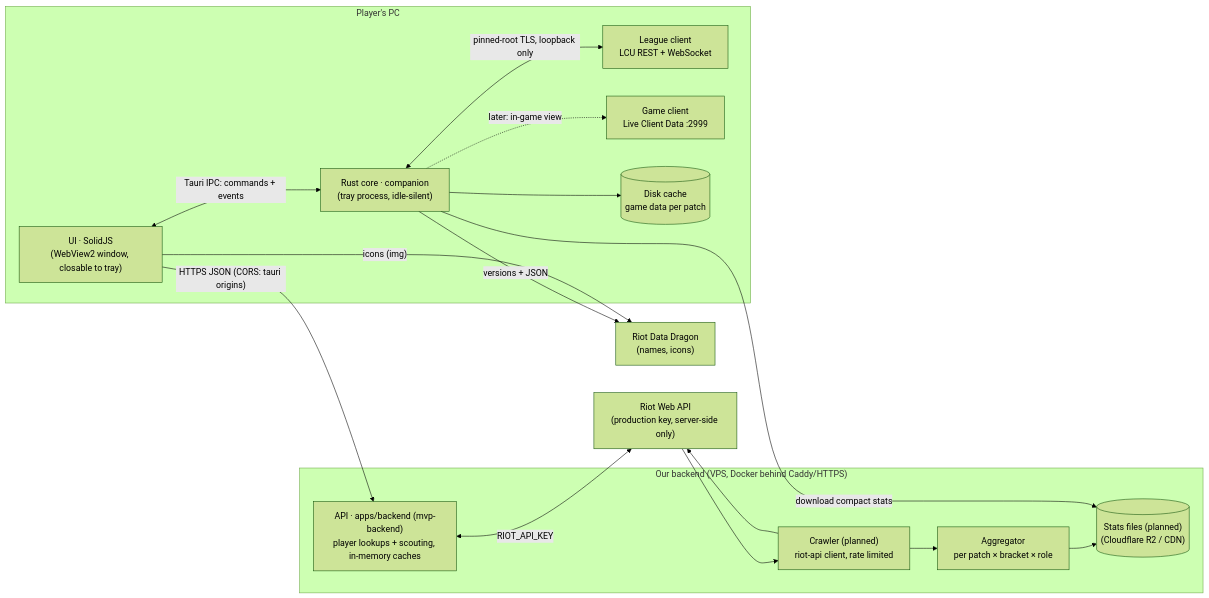
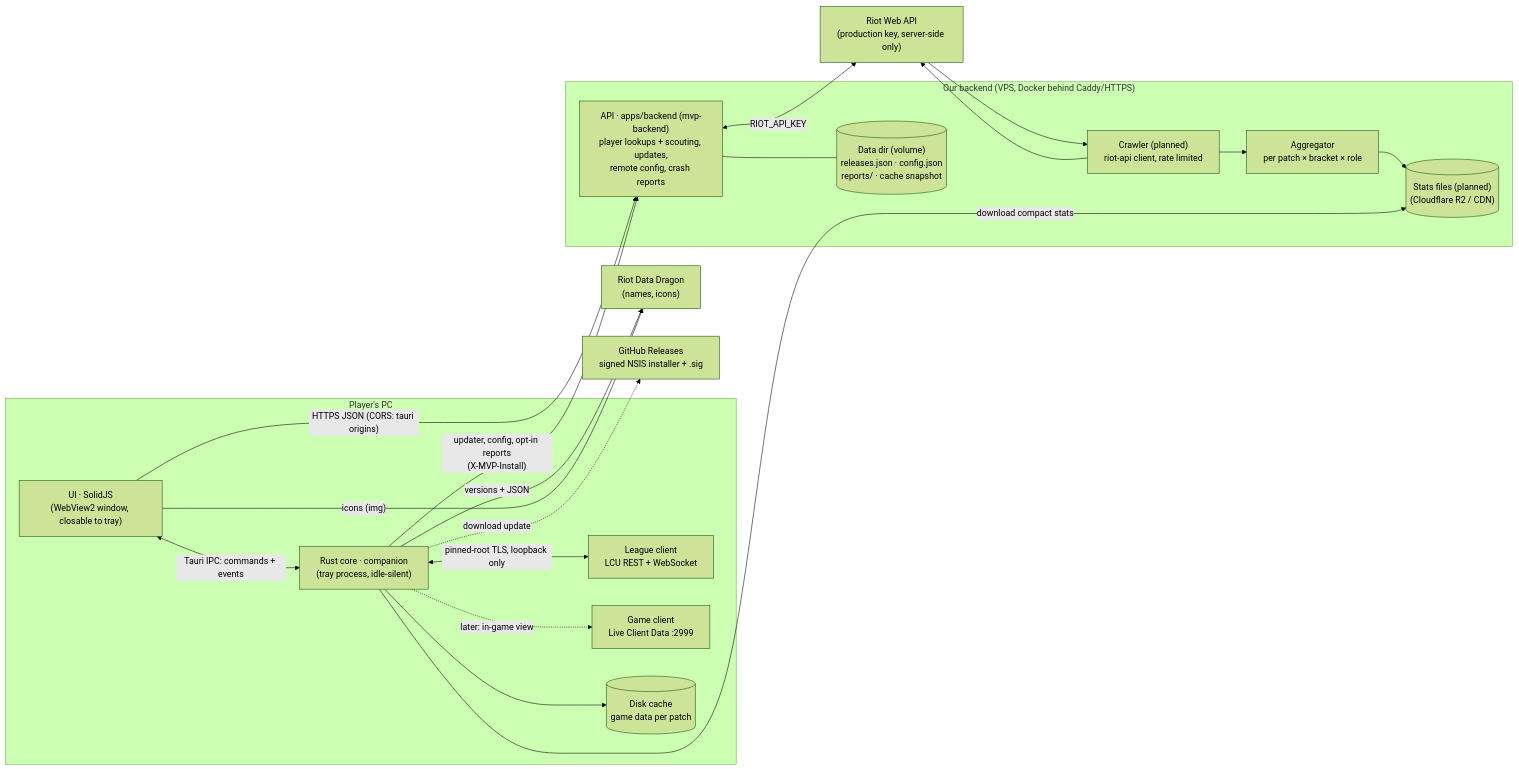
Before and after one commit to Filmoo/MVP: the diagram in docs/architecture.md, drawn with Mermaid (forest theme). The commit also changed other lines of this file and 35 other files, not shown here.

First line of the commit message:
Backend: app updates, remote config, crash reports, hardening

````diff
--- a/docs/architecture.md
+++ b/docs/architecture.md
@@ -3,30 +3,35 @@
 ```mermaid
 flowchart LR
   subgraph PC["Player's PC"]
     UI["UI · SolidJS<br/>(WebView2 window, closable to tray)"]
     Core["Rust core · companion<br/>(tray process, idle-silent)"]
     LCU["League client<br/>LCU REST + WebSocket"]
     Game["Game client<br/>Live Client Data :2999"]
     Cache[("Disk cache<br/>game data per patch")]
   end
   DD["Riot Data Dragon<br/>(names, icons)"]
   subgraph Server["Our backend (VPS, Docker behind Caddy/HTTPS)"]
-    Api["API · apps/backend (mvp-backend)<br/>player lookups + scouting, in-memory caches"]
+    Api["API · apps/backend (mvp-backend)<br/>player lookups + scouting, updates,<br/>remote config, crash reports"]
+    Data[("Data dir (volume)<br/>releases.json · config.json<br/>reports/ · cache snapshot")]
     Crawler["Crawler (planned)<br/>riot-api client, rate limited"]
     Agg["Aggregator<br/>per patch × bracket × role"]
     Files[("Stats files (planned)<br/>(Cloudflare R2 / CDN)")]
   end
   Riot["Riot Web API<br/>(production key, server-side only)"]
 
   UI <-- "Tauri IPC: commands + events" --> Core
   Core <-- "pinned-root TLS, loopback only" --> LCU
   Core -. "later: in-game view" .-> Game
   Core --> Cache
   Core -- "versions + JSON" --> DD
   UI -- "icons (img)" --> DD
   Api <-- "RIOT_API_KEY" --> Riot
   Crawler --> Riot --> Crawler
   Crawler --> Agg --> Files
   Core -- "download compact stats" --> Files
   UI -- "HTTPS JSON (CORS: tauri origins)" --> Api
+  Core -- "updater, config, opt-in reports<br/>(X-MVP-Install)" --> Api
+  Api --- Data
+  GH["GitHub Releases<br/>signed NSIS installer + .sig"]
+  Core -. "download update" .-> GH
 ```
````
